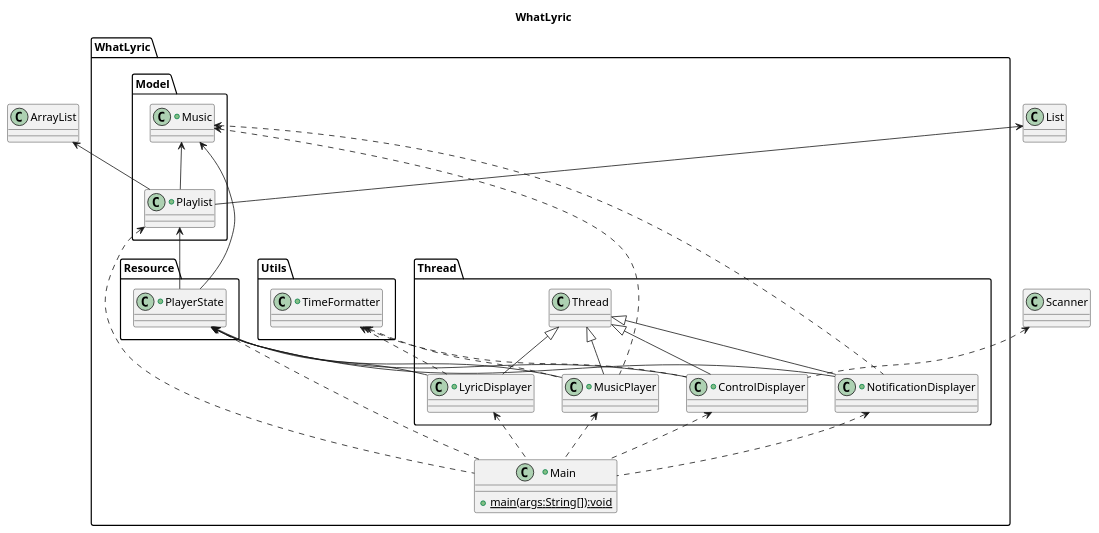
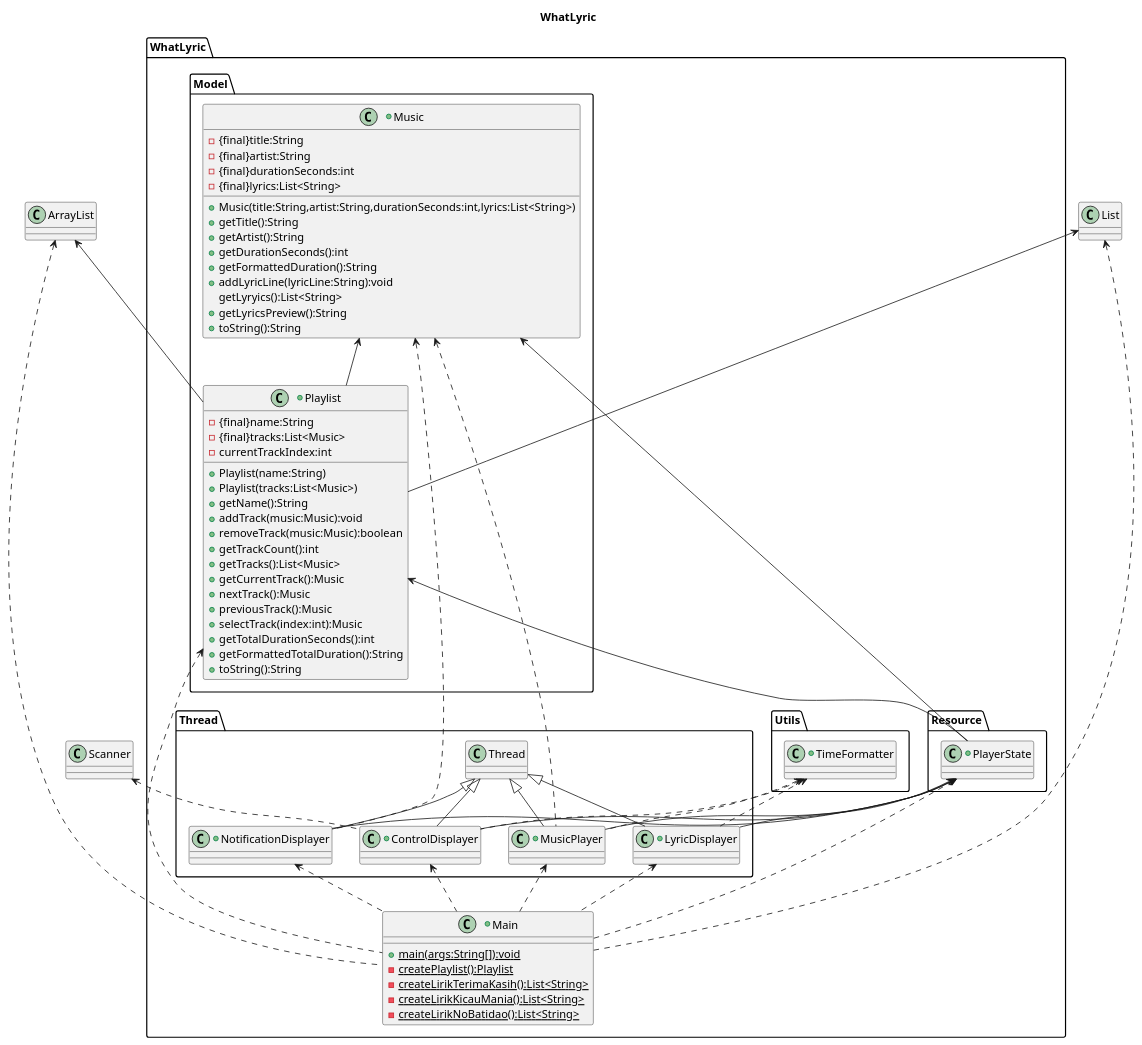
One commit to Radingka-UB/WhatLyric changed the diagram in main idea.puml. Above: the diagram before and after it, drawn with PlantUML.

Commit message:
Enhance Music and Playlist classes with additional properties and methods for better functionality

```diff
--- a/main idea.puml
+++ b/main idea.puml
@@ -1,73 +1,107 @@
 @startuml 
 title WhatLyric
 package WhatLyric{
   +class WhatLyric.Main{
     +{static}main(args:String[]):void
+    -{static}createPlaylist():Playlist
+    -{static}createLirikTerimaKasih():List<String>
+    -{static}createLirikKicauMania():List<String>
+    -{static}createLirikNoBatidao():List<String>
   }
   package Model{
     +class Music{
-
+      -{final}title:String
+      -{final}artist:String
+      -{final}durationSeconds:int
+      -{final}lyrics:List<String>
+      +Music(title:String,artist:String,durationSeconds:int,lyrics:List<String>)
+      +getTitle():String
+      +getArtist():String
+      +getDurationSeconds():int
+      +getFormattedDuration():String
+      +addLyricLine(lyricLine:String):void
+      getLyryics():List<String>
+      +getLyricsPreview():String
+      +toString():String
     }
     +class Playlist{
-
+      -{final}name:String
+      -{final}tracks:List<Music>
+      -currentTrackIndex:int
+      +Playlist(name:String)
+      +Playlist(tracks:List<Music>)
+      +getName():String
+      +addTrack(music:Music):void
+      +removeTrack(music:Music):boolean
+      +getTrackCount():int
+      +getTracks():List<Music>
+      +getCurrentTrack():Music
+      +nextTrack():Music
+      +previousTrack():Music
+      +selectTrack(index:int):Music
+      +getTotalDurationSeconds():int
+      +getFormattedTotalDuration():String
+      +toString():String
     }
   }
   package Resource{
     +class PlayerState{
 
     }
   }
   package Thread{
     +class MusicPlayer extends Thread{
 
     }
     +class LyricDisplayer extends Thread{
 
     }
     +class NotificationDisplayer extends Thread{
 
     }
     +class ControlDisplayer extends Thread{
 
     }
 
   }
   package Utils{
     +class TimeFormatter{
 
     }
 
   }
 }
 Music <-- Playlist
 ArrayList <-- Playlist
 List <-- Playlist
 PlayerState <-- MusicPlayer
 PlayerState <-- LyricDisplayer
 PlayerState <-- NotificationDisplayer
 PlayerState <-- ControlDisplayer
 Music <.. NotificationDisplayer
 Music <-- PlayerState
 Playlist <-- PlayerState
 TimeFormatter <.. MusicPlayer
 Music <.. MusicPlayer
 TimeFormatter <.. LyricDisplayer
 Scanner <.. ControlDisplayer
 TimeFormatter <.. ControlDisplayer
 Playlist <.. Main
 PlayerState <.. Main
 MusicPlayer <.. Main
 LyricDisplayer <.. Main
 NotificationDisplayer <.. Main
 ControlDisplayer <.. Main
+ArrayList <.. Main
+List <.. Main
 /'
 -ini program pemutar musik multithreading
 -tujuan program adalah implementasi thread maka user bisa input kapanpun walaupun program sedang menjalankan kegiatan lain
 -kontrol untuk memberikan user pilihan pemutar musik berupa pause, next, resume, stop, show playlist, previous, choice music by-n, quit 
 -kontrol muncul sekali saja di awal
 -pilihan stop mengulang timer ke 0 lagi, lirik terdampak
 -next dan previous itu berganti playlist
 -notifikasi akan menampilkan hal yang berhubungan dengan status musik setiap menit meskipun user lagi menghentikan lagu dan program belum dimatikan
 -kontrol tetap thread karena menunggu input user walaupun thread lain jalan
   '/
 @enduml
```
